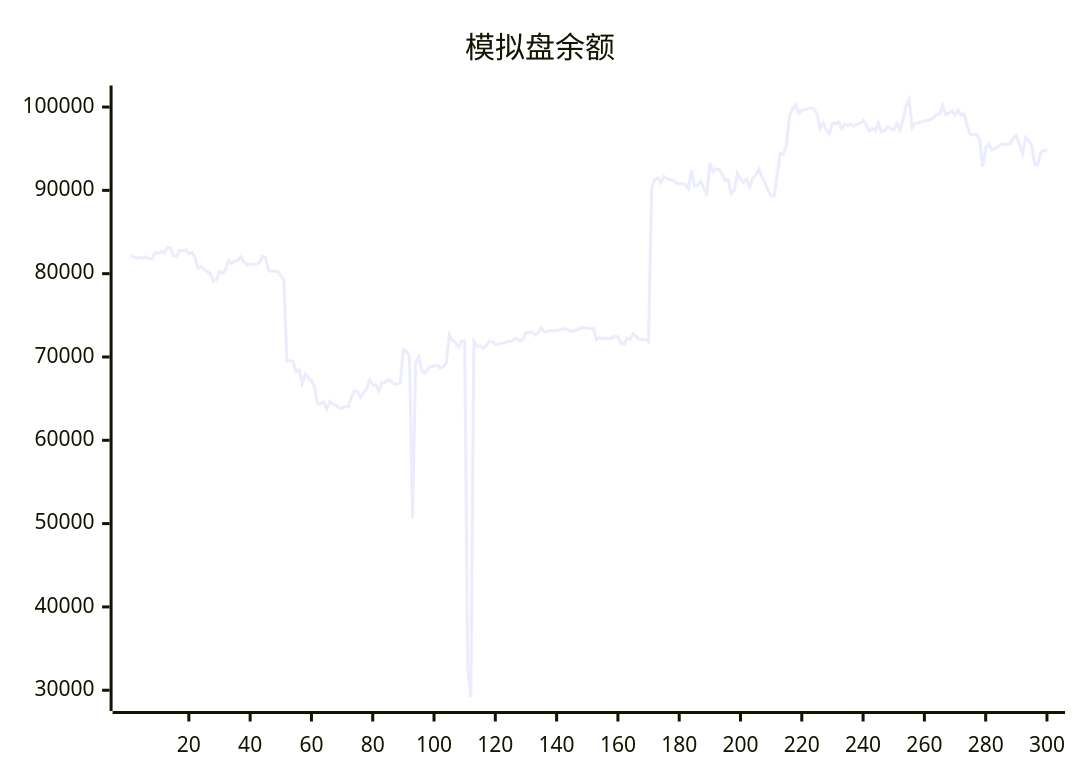
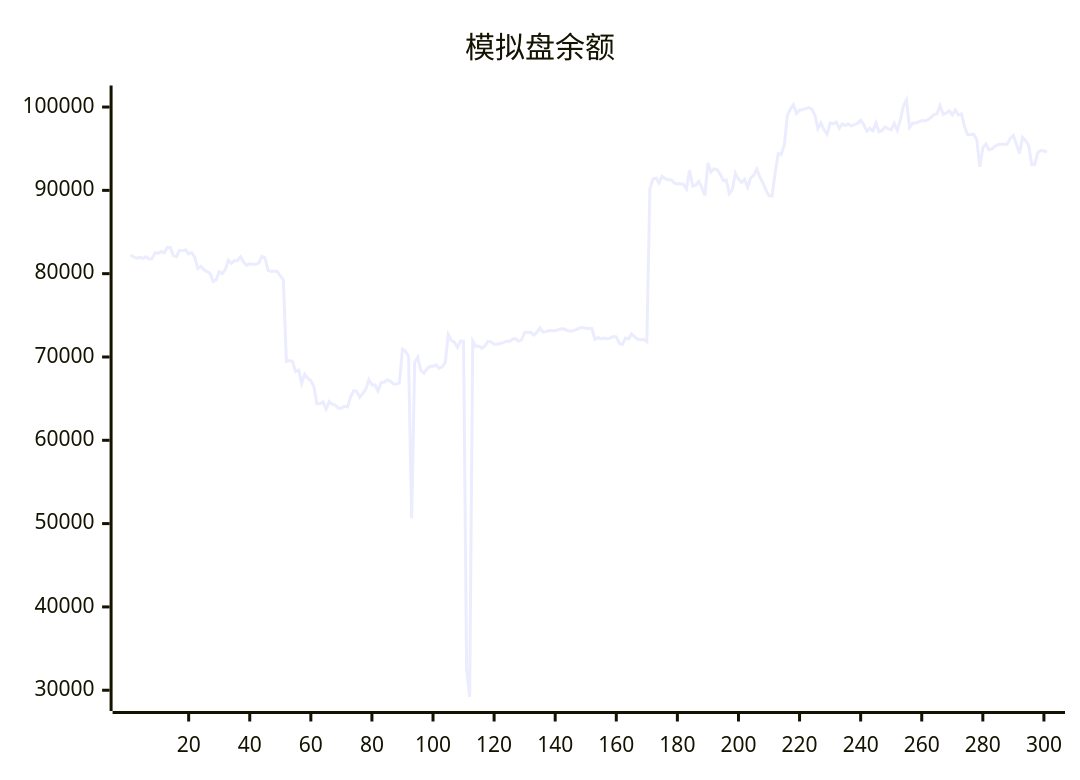
The diagram in README.md (aahl/ai-trading), drawn with Mermaid before and after one commit. The commit also changed other lines of this file and 1 other file, not shown here.

````diff
--- a/README.md
+++ b/README.md
@@ -5,5 +5,5 @@
 ```mermaid
 xychart
     title "模拟盘余额"
-    line [82254,82006,81848,81955,81829,82022,81769,81776,82522,82441,82656,82498,83144,83144,82150,82038,82797,82763,82872,82367,82536,81981,80612,80862,80484,80242,80034,79063,79245,80226,80016,80507,81625,81233,81544,81578,82016,81401,81019,81186,81130,81118,81306,82066,81909,80392,80304,80291,80258,79729,79261,69466,69579,69456,68251,68415,66832,67911,67462,67144,66432,64380,64375,64606,63740,64647,64324,64216,63842,63877,64078,64008,65156,65945,65888,65157,65625,66144,67284,66653,66639,65924,66925,66956,67263,67108,66766,66729,66886,70927,70673,70049,50652,69334,69973,68400,68061,68578,68876,68879,69055,68662,68822,69329,72687,71999,71760,71162,71911,71896,32500,29218,71927,71297,71305,71044,71337,71883,71822,71536,71536,71622,71723,71880,71860,72100,72216,71887,72077,72940,72976,72966,72638,72948,73497,73004,73041,73173,73160,73186,73258,73375,73351,73173,73098,73161,73305,73474,73536,73457,73413,73412,72100,72333,72164,72272,72204,72285,72461,72421,71652,71521,72267,72157,72774,72424,72144,72060,72091,71858,90185,91338,91466,90900,91678,91404,91268,91244,90903,90779,90787,90721,90187,92429,90518,90619,91070,90328,89376,93286,92202,92581,92485,91947,91196,91259,89619,90086,92063,91355,90950,91327,90373,91498,91800,92531,91603,90910,90031,89351,89334,92097,94406,94315,95455,98972,99763,100286,99229,99622,99701,99805,99938,99738,99082,97430,98094,97267,96741,98081,98013,98194,97447,97983,97789,97969,97729,97911,98043,98405,97912,97120,97448,97154,98095,97021,97190,97616,97402,97263,98035,97210,98424,100120,100876,97552,98049,98085,98228,98388,98342,98488,98750,99086,99181,100188,99107,99272,99553,99072,99636,99061,99186,97674,96679,96704,96743,96096,92830,95088,95560,94866,94995,95295,95497,95531,95527,95559,96236,96597,95538,94422,96363,95972,95418,93094,93128,94558,94795,94727]
+    line [82254,82006,81848,81955,81829,82022,81769,81776,82522,82441,82656,82498,83144,83144,82150,82038,82797,82763,82872,82367,82536,81981,80612,80862,80484,80242,80034,79063,79245,80226,80016,80507,81625,81233,81544,81578,82016,81401,81019,81186,81130,81118,81306,82066,81909,80392,80304,80291,80258,79729,79261,69466,69579,69456,68251,68415,66832,67911,67462,67144,66432,64380,64375,64606,63740,64647,64324,64216,63842,63877,64078,64008,65156,65945,65888,65157,65625,66144,67284,66653,66639,65924,66925,66956,67263,67108,66766,66729,66886,70927,70673,70049,50652,69334,69973,68400,68061,68578,68876,68879,69055,68662,68822,69329,72687,71999,71760,71162,71911,71896,32500,29218,71927,71297,71305,71044,71337,71883,71822,71536,71536,71622,71723,71880,71860,72100,72216,71887,72077,72940,72976,72966,72638,72948,73497,73004,73041,73173,73160,73186,73258,73375,73351,73173,73098,73161,73305,73474,73536,73457,73413,73412,72100,72333,72164,72272,72204,72285,72461,72421,71652,71521,72267,72157,72774,72424,72144,72060,72091,71858,90185,91338,91466,90900,91678,91404,91268,91244,90903,90779,90787,90721,90187,92429,90518,90619,91070,90328,89376,93286,92202,92581,92485,91947,91196,91259,89619,90086,92063,91355,90950,91327,90373,91498,91800,92531,91603,90910,90031,89351,89334,92097,94406,94315,95455,98972,99763,100286,99229,99622,99701,99805,99938,99738,99082,97430,98094,97267,96741,98081,98013,98194,97447,97983,97789,97969,97729,97911,98043,98405,97912,97120,97448,97154,98095,97021,97190,97616,97402,97263,98035,97210,98424,100120,100876,97552,98049,98085,98228,98388,98342,98488,98750,99086,99181,100188,99107,99272,99553,99072,99636,99061,99186,97674,96679,96704,96743,96096,92830,95088,95560,94866,94995,95295,95497,95531,95527,95559,96236,96597,95538,94422,96363,95972,95418,93094,93128,94558,94795,94727,94611]
 ```
````
